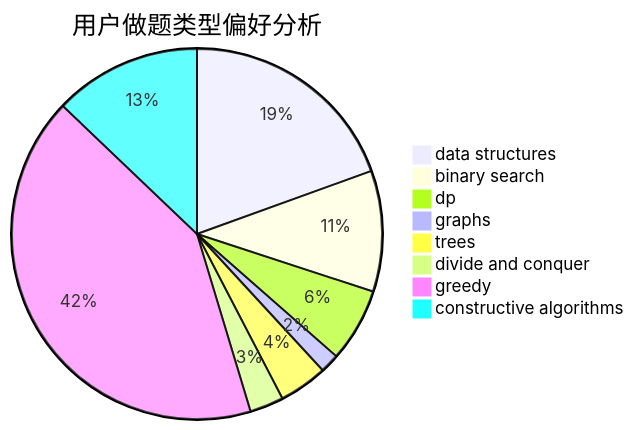
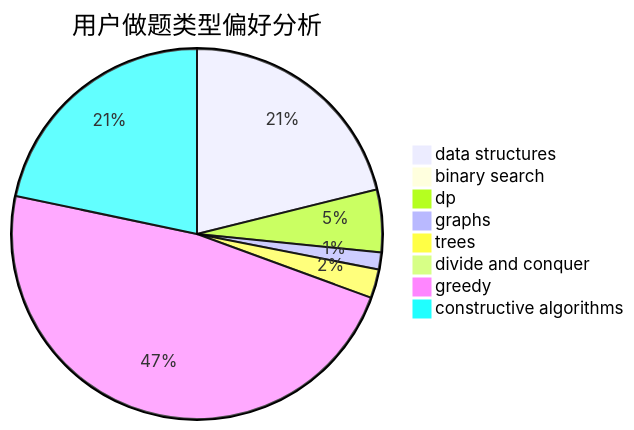
One commit to sherpahu/cfrs.github.io changed the second of 3 diagrams in docs/user/u1212.md. Above: the diagram before and after it, drawn with Mermaid. The commit also changed other lines of this file and 2770 other files, not shown here.

````diff
--- a/docs/user/u1212.md
+++ b/docs/user/u1212.md
@@ -23,11 +23,11 @@
 ```mermaid
 pie title 用户做题类型偏好分析
-    "data structures" :  336
-    "binary search" :  182
-    "dp" :  111
-    "graphs" :  29
-    "trees" :  73
-    "divide and conquer" :  51
-    "greedy" :  721
-    "constructive algorithms" :  222
+    "data structures" :  480
+    "binary search" :  23
+    "dp" :  124
+    "graphs" :  34
+    "trees" :  57
+    "divide and conquer" :  14
+    "greedy" :  1084
+    "constructive algorithms" :  493
 ```
````
